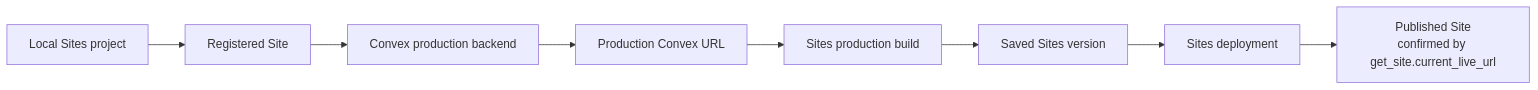
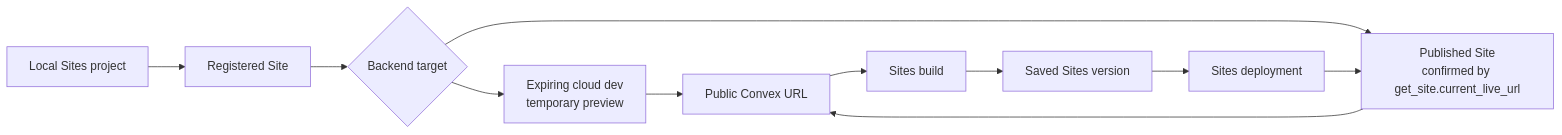
Before and after one commit to waynesutton/Codex-Sites-Convex-Backend-Skill: the second of 2 diagrams in README.md, drawn with Mermaid. The commit also changed other lines of this file and 4 other files, not shown here.

First line of the commit message:
feat: add temporary cloud previews

````diff
--- a/README.md
+++ b/README.md
@@ -51,10 +52,13 @@
 ```mermaid
 flowchart LR
     L["Local Sites project"] --> R["Registered Site"]
-    R --> C["Convex production backend"]
-    C --> U["Production Convex URL"]
-    U --> B["Sites production build"]
+    R --> T{"Backend target"}
+    T --> C["Expiring cloud dev<br/>temporary preview"]
+    T --> P["Convex production backend"]
+    C --> U["Public Convex URL"]
+    P --> U
+    U --> B["Sites build"]
     B --> V["Saved Sites version"]
     V --> D["Sites deployment"]
     D --> P["Published Site<br/>confirmed by get_site.current_live_url"]
 ```
````
